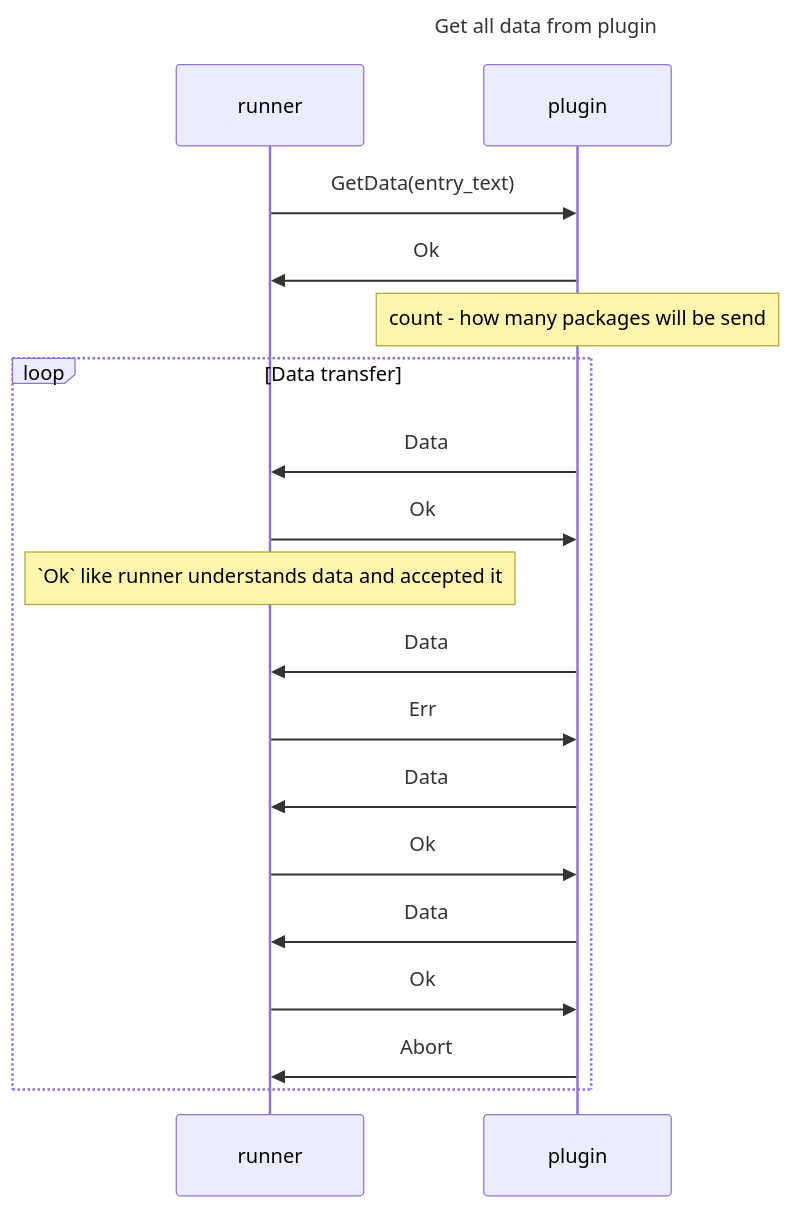
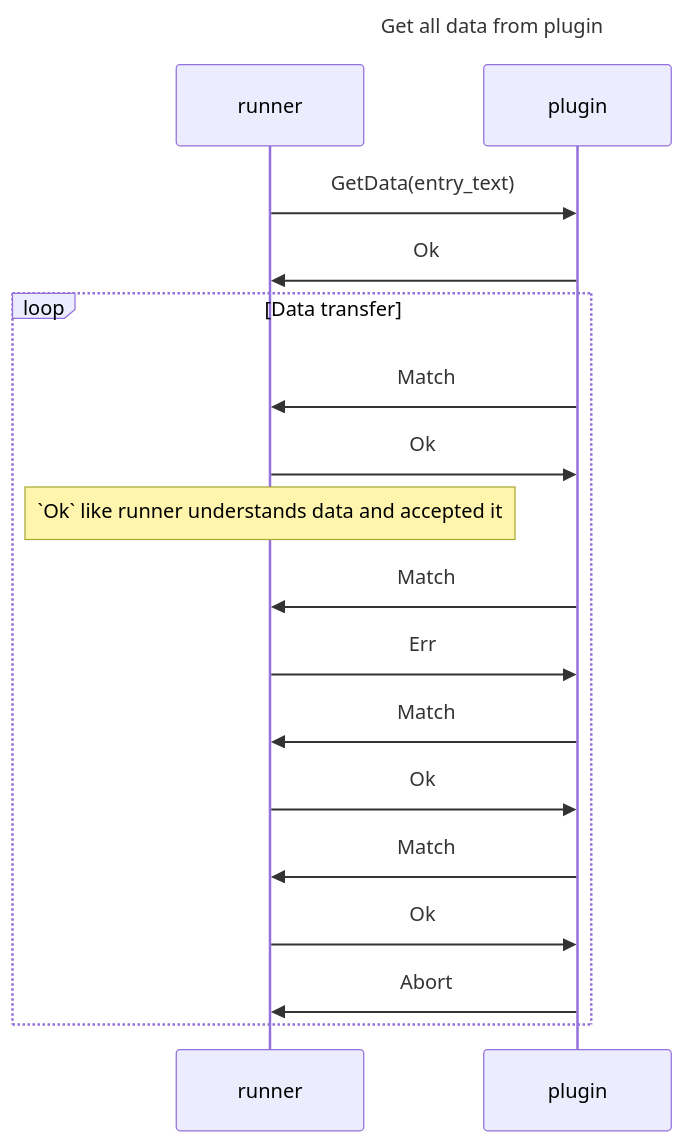
The first of 3 diagrams in NOTES.md (bzglve/unirun), drawn with Mermaid before and after one commit. The commit also changed other lines of this file and 6 other files, not shown here.

````diff
--- a/NOTES.md
+++ b/NOTES.md
@@ -4,22 +4,21 @@
 ```mermaid
 sequenceDiagram
     title Get all data from plugin
     participant runner
     participant plugin
 
     runner ->> plugin: GetData(entry_text)
     plugin ->> runner: Ok
-    Note over plugin: count - how many packages will be send
     loop Data transfer
-        plugin ->> runner: Data
+        plugin ->> runner: Match
         runner ->> plugin: Ok
         Note over runner: `Ok` like runner understands data and accepted it
-        plugin ->> runner: Data
+        plugin ->> runner: Match
         runner ->> plugin: Err
-        plugin ->> runner: Data
+        plugin ->> runner: Match
         runner ->> plugin: Ok
-        plugin ->> runner: Data
+        plugin ->> runner: Match
         runner ->> plugin: Ok
         plugin ->> runner: Abort
     end
 ```
````
